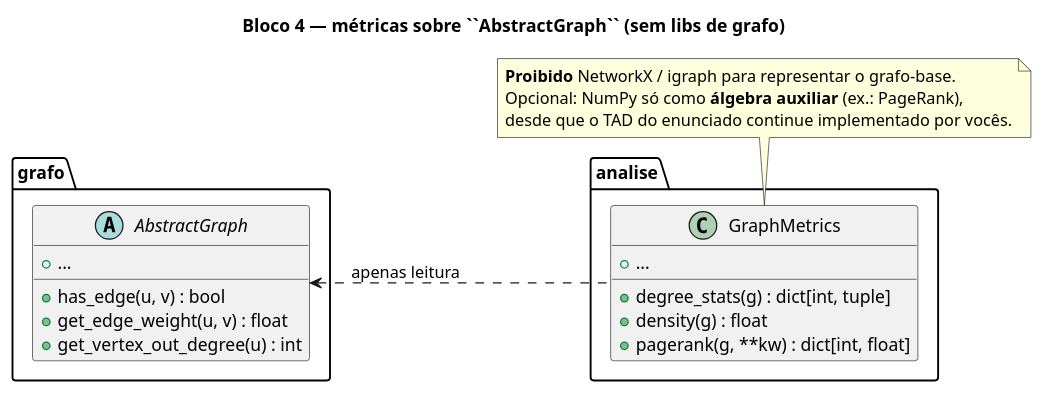
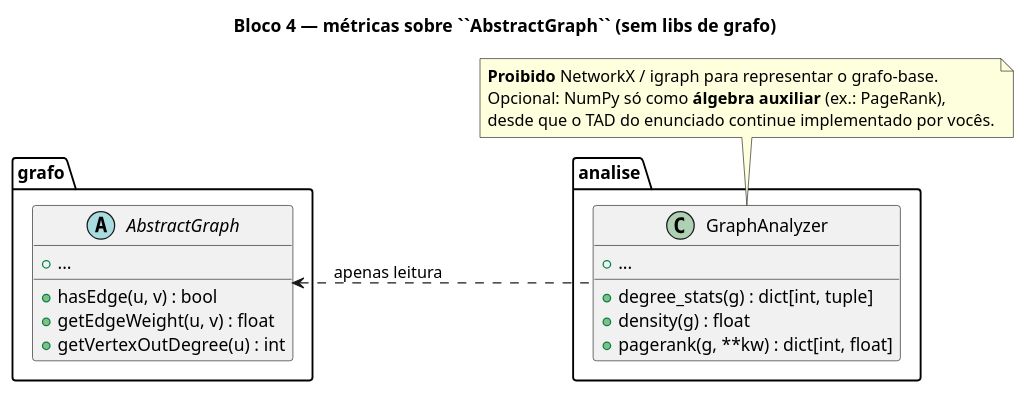
One commit to Erickguedesc/trabalho-pratico-grafos changed the diagram in docs/contrato/diagrama-analise.puml. Above: the diagram before and after it, drawn with PlantUML. The commit also changed 11 other files, not shown here.

```diff
--- a/docs/contrato/diagrama-analise.puml
+++ b/docs/contrato/diagrama-analise.puml
@@ -1,33 +1,33 @@
 @startuml diagrama-analise
 
 title Bloco 4 — métricas sobre ``AbstractGraph`` (sem libs de grafo)
 
 left to right direction
 
 package grafo {
   abstract class AbstractGraph {
-    + has_edge(u, v) : bool
-    + get_edge_weight(u, v) : float
-    + get_vertex_out_degree(u) : int
+    + hasEdge(u, v) : bool
+    + getEdgeWeight(u, v) : float
+    + getVertexOutDegree(u) : int
     + ...
   }
 }
 
 package analise {
-  class GraphMetrics {
+  class GraphAnalyzer {
     + degree_stats(g) : dict[int, tuple]
     + density(g) : float
     + pagerank(g, **kw) : dict[int, float]
     + ...
   }
 }
 
-AbstractGraph <.. GraphMetrics : apenas leitura
+AbstractGraph <.. GraphAnalyzer : apenas leitura
 
-note bottom of GraphMetrics
+note bottom of GraphAnalyzer
   **Proibido** NetworkX / igraph para representar o grafo-base.
   Opcional: NumPy só como **álgebra auxiliar** (ex.: PageRank),
   desde que o TAD do enunciado continue implementado por vocês.
 end note
 
 @enduml
```
